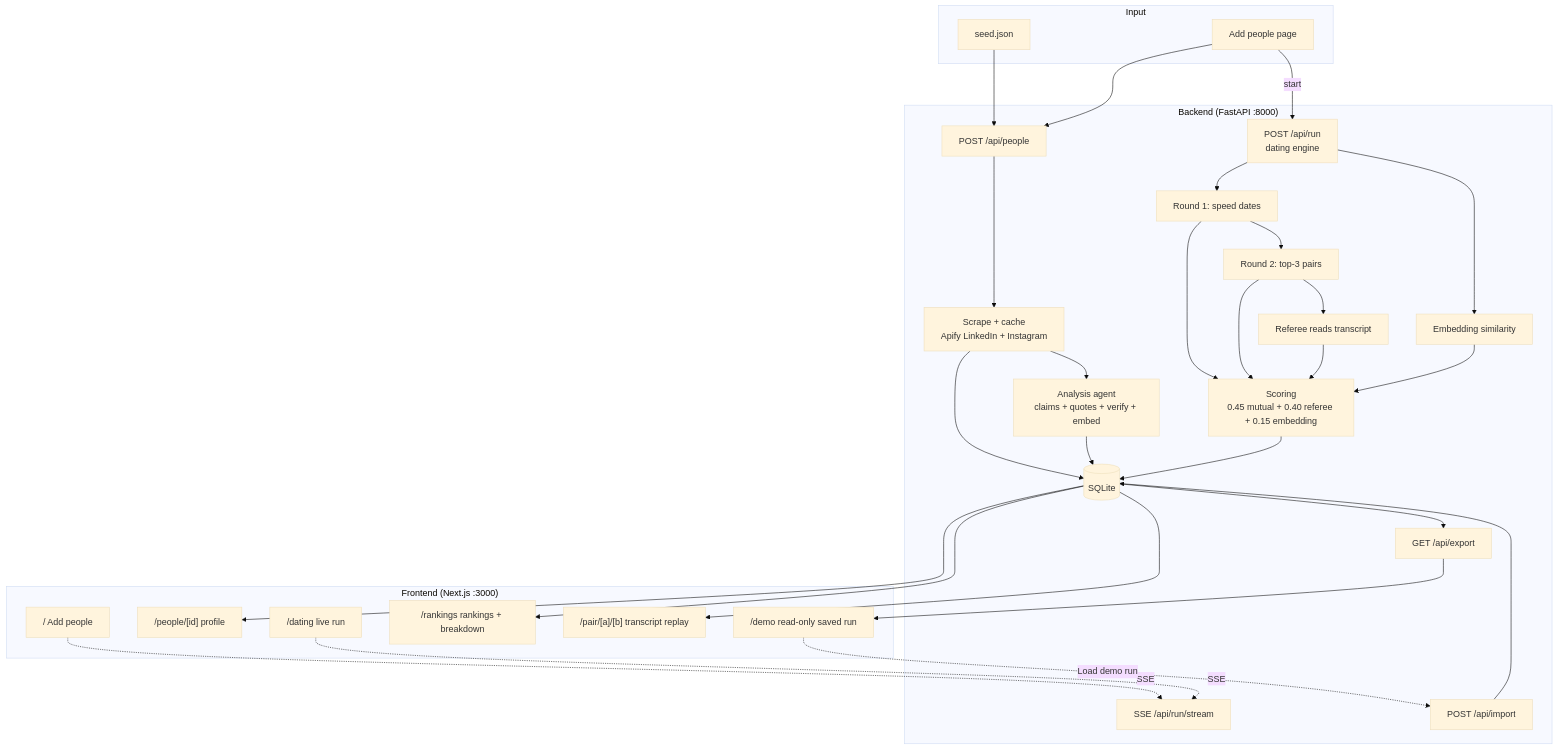
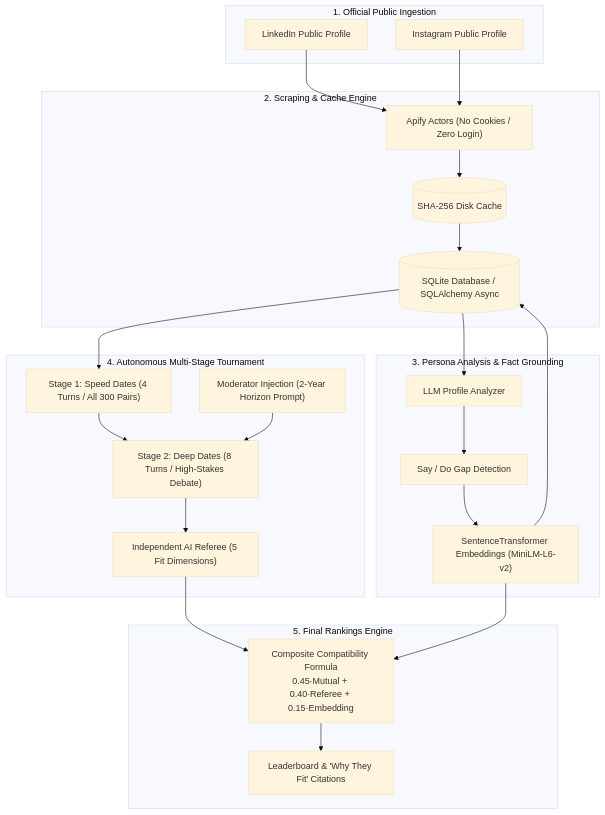
Before and after one commit to vakrahul/agentic-dating-site: the diagram in README.md, drawn with Mermaid (base theme). The commit also changed other lines of this file and 9 other files, not shown here.

````diff
--- a/README.md
+++ b/README.md
@@ -14,53 +36,44 @@
 ```mermaid
 flowchart TD
-    subgraph Input
-        SEED[seed.json]
-        UI1[Add people page]
+    subgraph Data Sources ["1. Official Public Ingestion"]
+        LI["LinkedIn Public Profile"]
+        IG["Instagram Public Profile"]
     end
 
-    subgraph Backend["Backend (FastAPI :8000)"]
-        P[POST /api/people]
-        SC[Scrape + cache<br/>Apify LinkedIn + Instagram]
-        AN[Analysis agent<br/>claims + quotes + verify + embed]
-        DB[(SQLite)]
-        RUN[POST /api/run<br/>dating engine]
-        R1[Round 1: speed dates]
-        R2[Round 2: top-3 pairs]
-        REF[Referee reads transcript]
-        EMB[Embedding similarity]
-        SCORE[Scoring<br/>0.45 mutual + 0.40 referee + 0.15 embedding]
-        SSE[SSE /api/run/stream]
-        EX[GET /api/export]
-        IM[POST /api/import]
+    subgraph Scraping Pipeline ["2. Scraping & Cache Engine"]
+        AP["Apify Actors (No Cookies / Zero Login)"]
+        CACHE[("SHA-256 Disk Cache")]
+        DB[("SQLite Database / SQLAlchemy Async")]
     end
 
-    subgraph Frontend["Frontend (Next.js :3000)"]
-        HOME["/ Add people"]
-        PROFILE["/people/[id] profile"]
-        DATING["/dating live run"]
-        RANK["/rankings rankings + breakdown"]
-        PAIR["/pair/[a]/[b] transcript replay"]
-        DEMO["/demo read-only saved run"]
+    subgraph Persona Synthesis ["3. Persona Analysis & Fact Grounding"]
+        LLM_A["LLM Profile Analyzer"]
+        SAYDO["Say / Do Gap Detection"]
+        VEC["SentenceTransformer Embeddings (MiniLM-L6-v2)"]
     end
 
-    SEED --> P
-    UI1 --> P
-    P --> SC --> DB
-    SC --> AN --> DB
-    HOME -.->|SSE| SSE
-    DATING -.->|SSE| SSE
-    UI1 -->|start| RUN
-    RUN --> R1 --> R2 --> REF
-    RUN --> EMB
-    R1 --> SCORE
-    R2 --> SCORE
-    REF --> SCORE
-    EMB --> SCORE
-    SCORE --> DB
-    DB --> EX --> DEMO
-    IM --> DB
-    DEMO -.->|Load demo run| IM
-    DB --> PROFILE
-    DB --> RANK
-    DB --> PAIR
+    subgraph Dating Arena ["4. Autonomous Multi-Stage Tournament"]
+        R1["Stage 1: Speed Dates (4 Turns / All 300 Pairs)"]
+        R2["Stage 2: Deep Dates (8 Turns / High-Stakes Debate)"]
+        MOD["Moderator Injection (2-Year Horizon Prompt)"]
+        REF["Independent AI Referee (5 Fit Dimensions)"]
+    end
+
+    subgraph Evaluation ["5. Final Rankings Engine"]
+        COMP["Composite Compatibility Formula<br/>0.45·Mutual + 0.40·Referee + 0.15·Embedding"]
+        RANK["Leaderboard & 'Why They Fit' Citations"]
+    end
+
+    LI --> AP
+    IG --> AP
+    AP --> CACHE --> DB
+    DB --> LLM_A
+    LLM_A --> SAYDO --> VEC --> DB
+    DB --> R1
+    R1 --> R2
+    MOD --> R2
+    R2 --> REF
+    REF --> COMP
+    VEC --> COMP
+    COMP --> RANK
 ```
````
